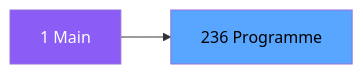
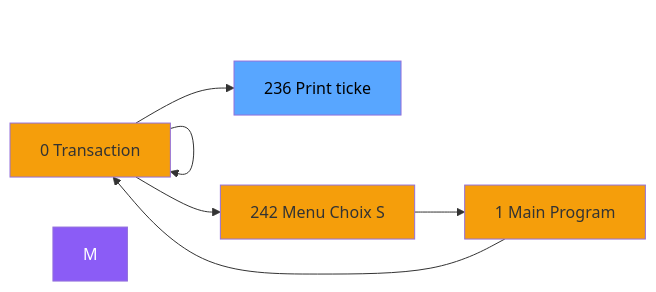
One commit to thonyAGP/magic-migration changed the second of 3 diagrams in .openspec/specs/ADH-IDE-236.md. Above: the diagram before and after it, drawn with Mermaid. The commit also changed other lines of this file and 323 other files, not shown here.

````diff
--- a/.openspec/specs/ADH-IDE-236.md
+++ b/.openspec/specs/ADH-IDE-236.md
@@ -114,8 +139,21 @@
 ```mermaid
 graph LR
-    M[1 Main]
-    T[236 Programme]
-    M --> T
+    N0[0 Transaction ]
+    N0[0 Transaction ]
+    N242[242 Menu Choix S]
+    N1[1 Main Program]
+    N0[0 Transaction ]
+    T[236  Print ticke]
+    N0 --> N0
+    N0 --> N242
+    N242 --> N1
+    N1 --> N0
+    N0 --> T
     style M fill:#8b5cf6,color:#fff
+    style N0 fill:#f59e0b
+    style N0 fill:#f59e0b
+    style N242 fill:#f59e0b
+    style N1 fill:#f59e0b
+    style N0 fill:#f59e0b
     style T fill:#58a6ff,color:#000
 ```
````
